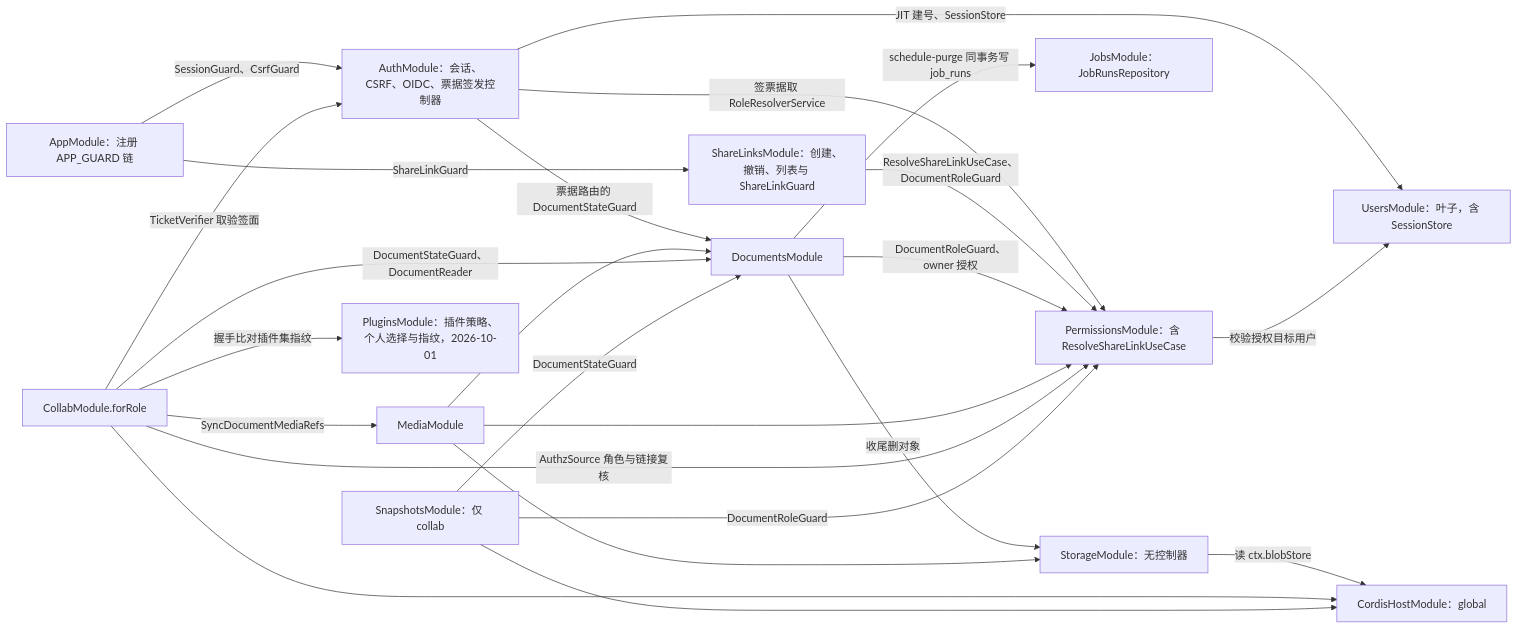
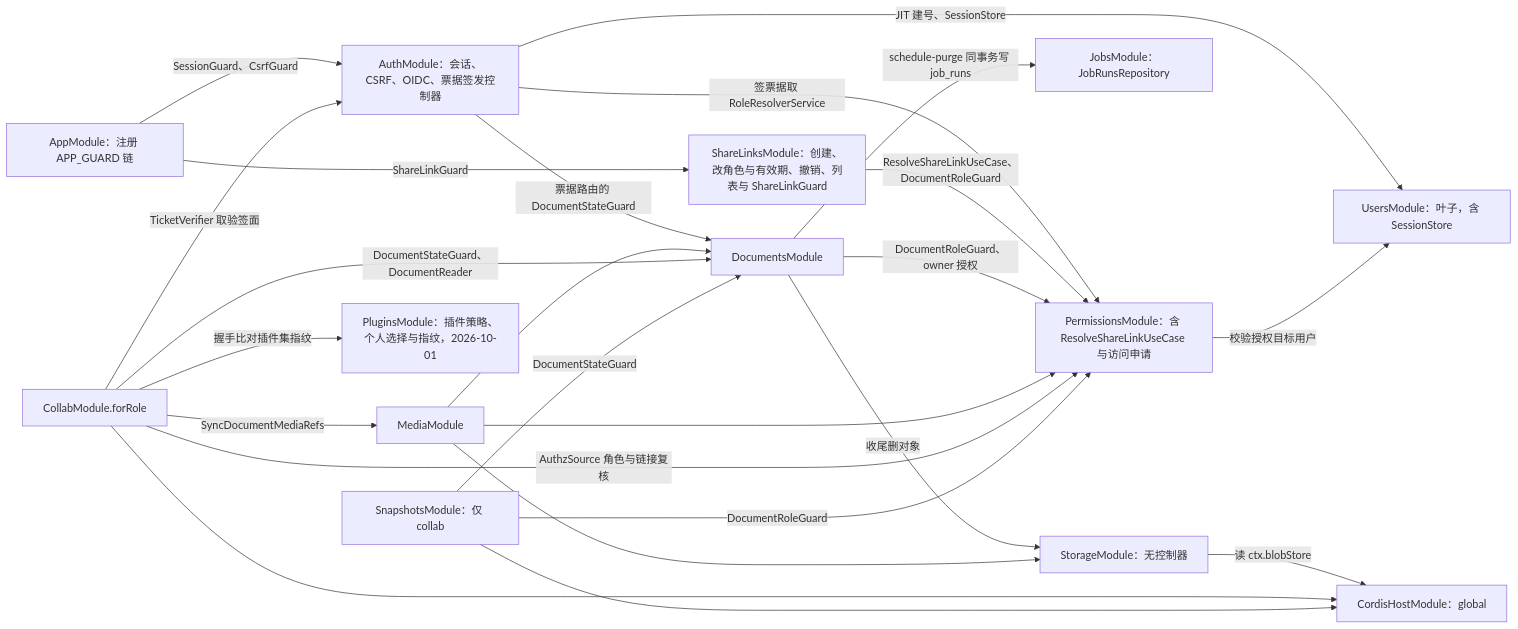
Diagram 14 of 17 in docs/60-backend/01-service-overview-and-roles.md (Xeonice/cordis-ppt-editor), drawn with Mermaid before and after one commit. The commit also changed other lines of this file and 19 other files, not shown here.

````diff
--- a/docs/60-backend/01-service-overview-and-roles.md
+++ b/docs/60-backend/01-service-overview-and-roles.md
@@ -783,37 +783,37 @@
 ```mermaid
 flowchart LR
   appModule["AppModule：注册 APP_GUARD 链"]
   auth["AuthModule：会话、CSRF、OIDC、票据签发控制器"]
   users["UsersModule：叶子，含 SessionStore"]
-  permissions["PermissionsModule：含 ResolveShareLinkUseCase"]
-  shareLinks["ShareLinksModule：创建、撤销、列表与 ShareLinkGuard"]
+  permissions["PermissionsModule：含 ResolveShareLinkUseCase 与访问申请"]
+  shareLinks["ShareLinksModule：创建、改角色与有效期、撤销、列表与 ShareLinkGuard"]
   documents["DocumentsModule"]
   jobs["JobsModule：JobRunsRepository"]
   storage["StorageModule：无控制器"]
   media["MediaModule"]
   collab["CollabModule.forRole"]
   snapshots["SnapshotsModule：仅 collab"]
   cordisHost["CordisHostModule：global"]
   plugins["PluginsModule：插件策略、个人选择与指纹，2026-10-01"]
   appModule -- "SessionGuard、CsrfGuard" --> auth
   appModule -- "ShareLinkGuard" --> shareLinks
   auth -- "JIT 建号、SessionStore" --> users
   auth -- "签票据取 RoleResolverService" --> permissions
   auth -- "票据路由的 DocumentStateGuard" --> documents
   permissions -- "校验授权目标用户" --> users
   shareLinks -- "ResolveShareLinkUseCase、DocumentRoleGuard" --> permissions
   documents -- "DocumentRoleGuard、owner 授权" --> permissions
   documents -- "schedule-purge 同事务写 job_runs" --> jobs
   documents -- "收尾删对象" --> storage
   media --> storage & documents & permissions
   storage -- "读 ctx.blobStore" --> cordisHost
   collab -- "TicketVerifier 取验签面" --> auth
   collab -- "握手比对插件集指纹" --> plugins
   collab -- "AuthzSource 角色与链接复核" --> permissions
   collab -- "DocumentStateGuard、DocumentReader" --> documents
   collab -- "SyncDocumentMediaRefs" --> media
   collab --> cordisHost
   snapshots -- "DocumentRoleGuard" --> permissions
   snapshots -- "DocumentStateGuard" --> documents
   snapshots --> cordisHost
 ```
````
